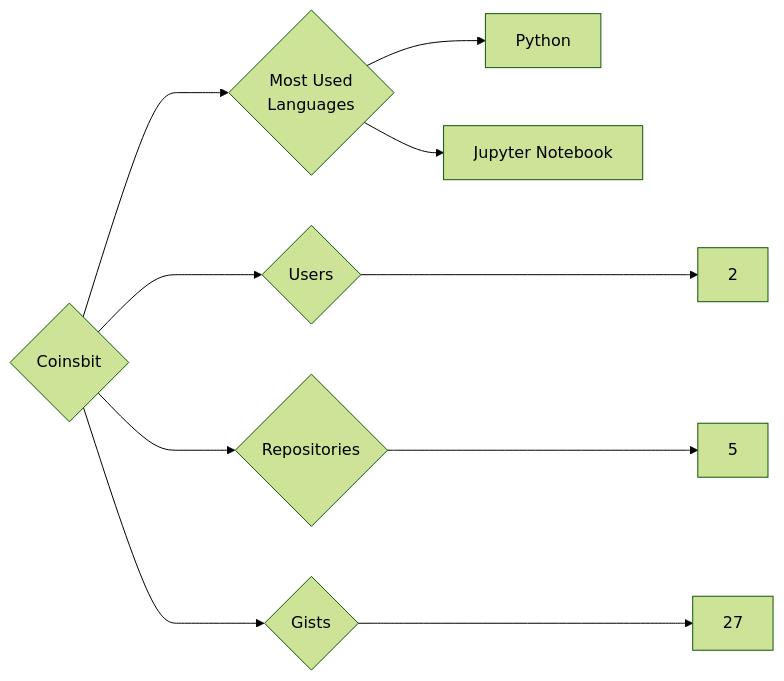
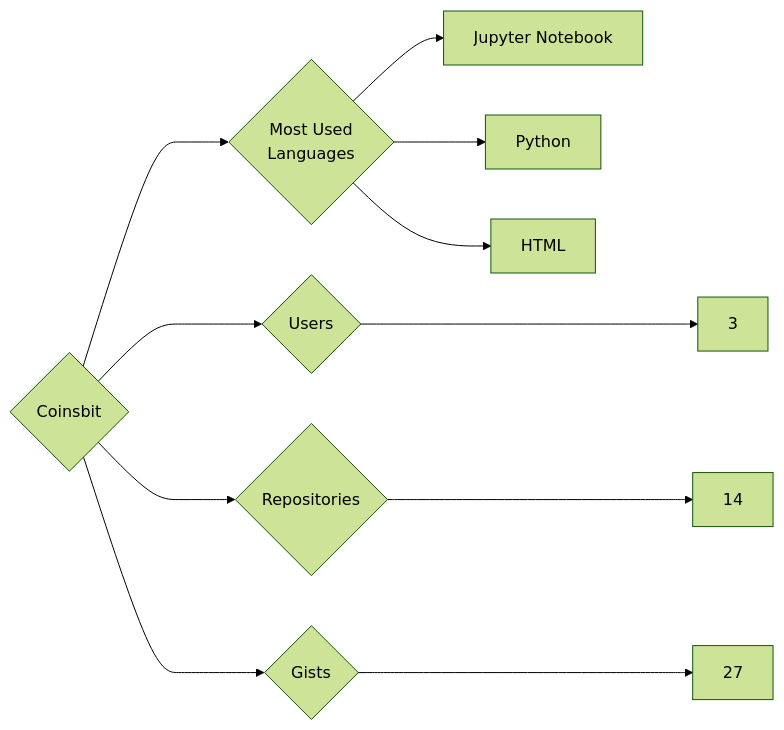
Before and after one commit to trickest/insiders: the diagram in targets/Coinsbit/README.md, drawn with Mermaid (forest theme). The commit also changed 1036 other files, not shown here.

````diff
--- a/targets/Coinsbit/README.md
+++ b/targets/Coinsbit/README.md
@@ -3,10 +3,11 @@
 ```mermaid
 graph LR
 COMPANY_NAME{Coinsbit}
-COMPANY_NAME ---> U{Users} ---> UN[2]
-COMPANY_NAME ---> R{Repositories} ---> RN[5]
+COMPANY_NAME ---> U{Users} ---> UN[3]
+COMPANY_NAME ---> R{Repositories} ---> RN[14]
 COMPANY_NAME ---> G{Gists} ---> GN[27]
 COMPANY_NAME ---> ML{Most Used<br>Languages}
+ML --> Jupyter_Notebook[Jupyter Notebook]
 ML --> Python[Python]
-ML --> Jupyter_Notebook[Jupyter Notebook]
+ML --> HTML[HTML]
 ```
````
